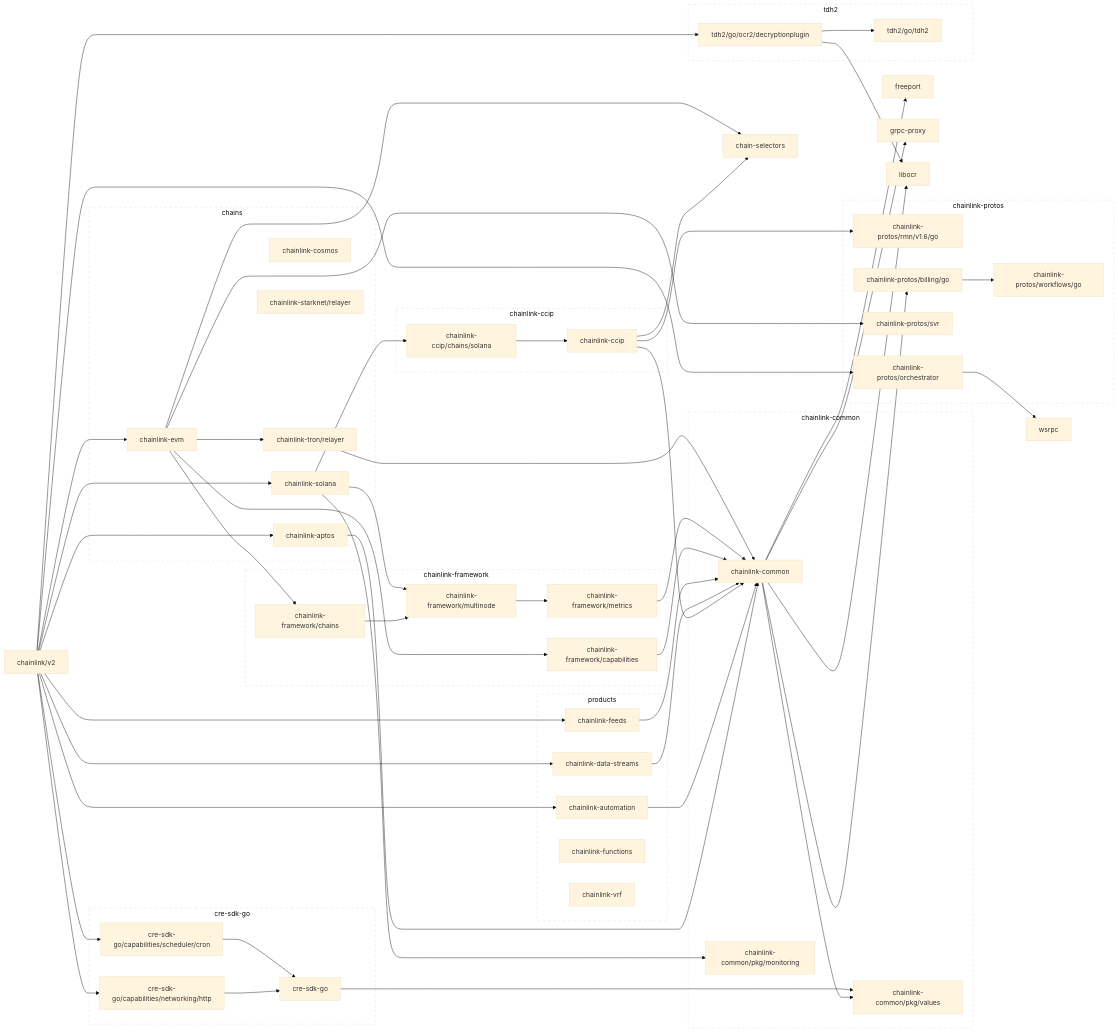
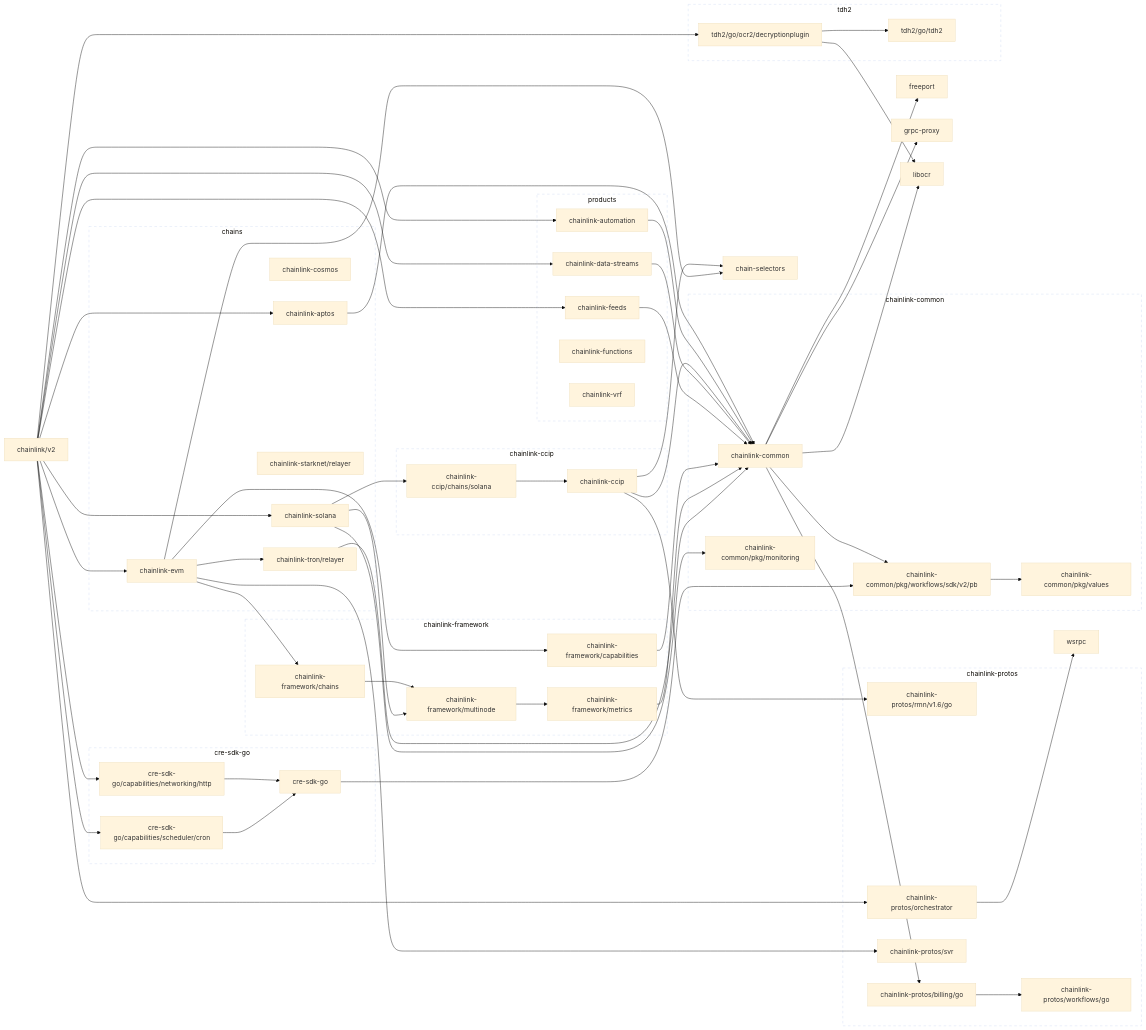
One commit to smartcontractkit/chainlink changed the first of 2 diagrams in go.md. Above: the diagram before and after it, drawn with Mermaid (base theme). The commit also changed other lines of this file, not shown here.

Commit message:
Fix md with generate...?

```diff
--- a/go.md
+++ b/go.md
@@ -34,7 +34,7 @@
 	click chainlink-ccip href "https://github.com/smartcontractkit/chainlink-ccip"
 	chainlink-ccip/chains/solana --> chainlink-ccip
 	click chainlink-ccip/chains/solana href "https://github.com/smartcontractkit/chainlink-ccip"
-	chainlink-common --> chainlink-common/pkg/values
+	chainlink-common --> chainlink-common/pkg/workflows/sdk/v2/pb
 	chainlink-common --> chainlink-protos/billing/go
 	chainlink-common --> freeport
 	chainlink-common --> grpc-proxy
@@ -44,6 +44,8 @@
 	click chainlink-common/pkg/monitoring href "https://github.com/smartcontractkit/chainlink-common"
 	chainlink-common/pkg/values
 	click chainlink-common/pkg/values href "https://github.com/smartcontractkit/chainlink-common"
+	chainlink-common/pkg/workflows/sdk/v2/pb --> chainlink-common/pkg/values
+	click chainlink-common/pkg/workflows/sdk/v2/pb href "https://github.com/smartcontractkit/chainlink-common"
 	chainlink-data-streams --> chainlink-common
 	click chainlink-data-streams href "https://github.com/smartcontractkit/chainlink-data-streams"
 	chainlink-evm --> chain-selectors
@@ -89,7 +91,7 @@
 	chainlink/v2 --> cre-sdk-go/capabilities/scheduler/cron
 	chainlink/v2 --> tdh2/go/ocr2/decryptionplugin
 	click chainlink/v2 href "https://github.com/smartcontractkit/chainlink"
-	cre-sdk-go --> chainlink-common/pkg/values
+	cre-sdk-go --> chainlink-common/pkg/workflows/sdk/v2/pb
 	click cre-sdk-go href "https://github.com/smartcontractkit/cre-sdk-go"
 	cre-sdk-go/capabilities/networking/http --> cre-sdk-go
 	click cre-sdk-go/capabilities/networking/http href "https://github.com/smartcontractkit/cre-sdk-go"
@@ -119,6 +121,7 @@
 		 chainlink-common
 		 chainlink-common/pkg/monitoring
 		 chainlink-common/pkg/values
+		 chainlink-common/pkg/workflows/sdk/v2/pb
 	end
 	click chainlink-common-repo href "https://github.com/smartcontractkit/chainlink-common"
 
```
